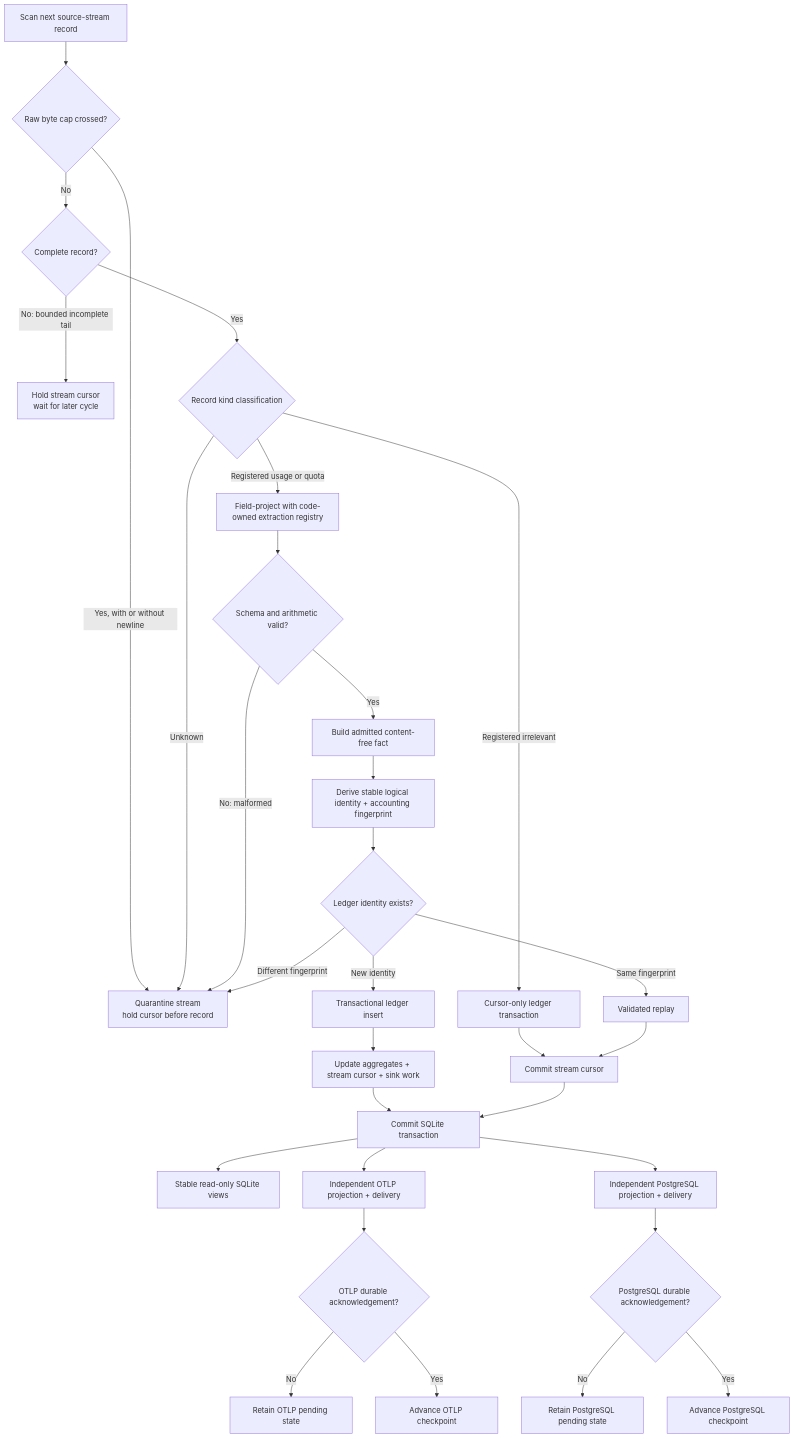
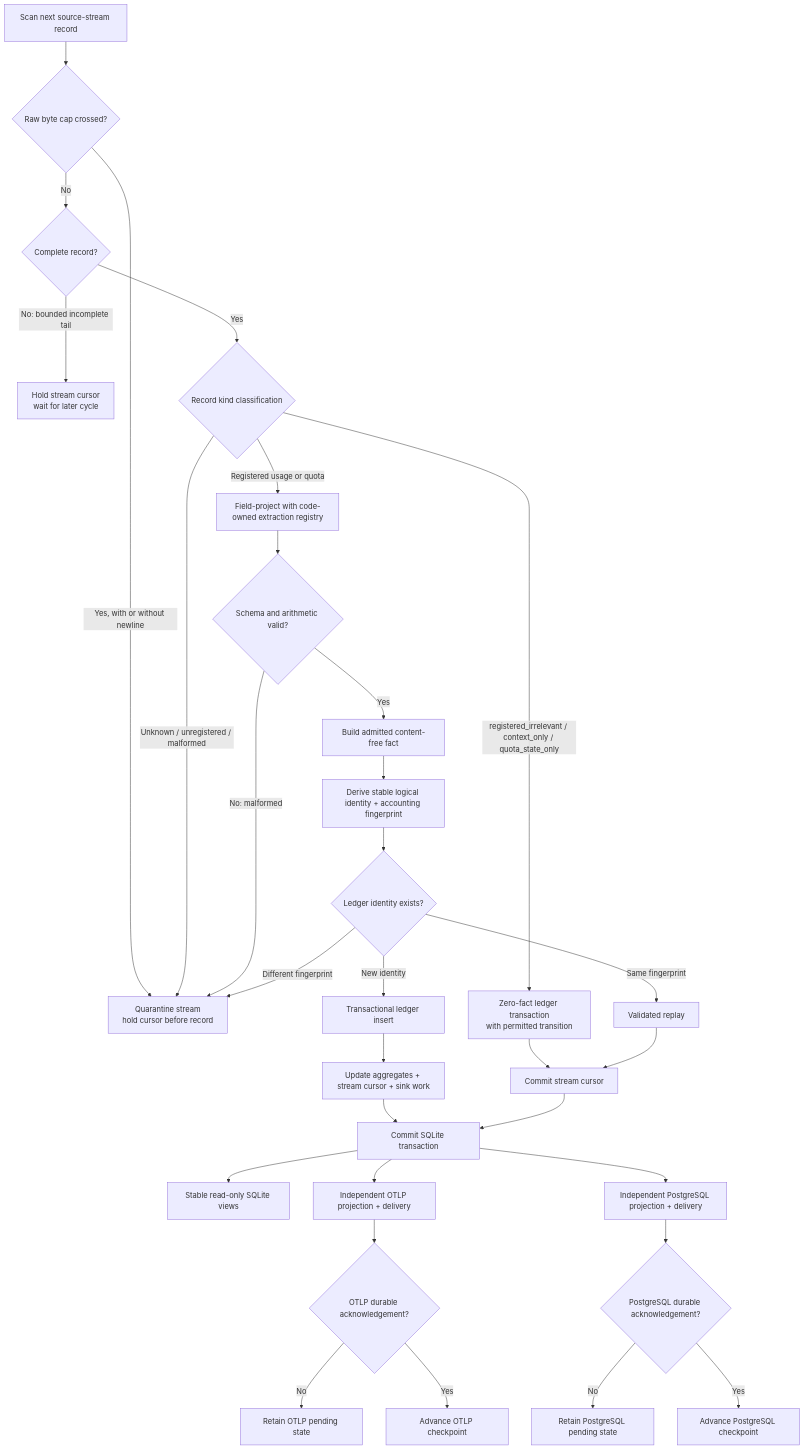
The diagram in projects/ai-usage-telemetry/about/lay-and-land/data-flow.md (Tzeusy/ai-bootstrap), drawn with Mermaid before and after one commit. The commit also changed other lines of this file and 19 other files, not shown here.

````diff
--- a/projects/ai-usage-telemetry/about/lay-and-land/data-flow.md
+++ b/projects/ai-usage-telemetry/about/lay-and-land/data-flow.md
@@ -9,33 +9,33 @@
 ```mermaid
 flowchart TD
     A[Scan next source-stream record] --> Z{Raw byte cap crossed?}
     Z -->|Yes, with or without newline| F[Quarantine stream\nhold cursor before record]
     Z -->|No| B{Complete record?}
     B -->|No: bounded incomplete tail| C[Hold stream cursor\nwait for later cycle]
     B -->|Yes| D{Record kind classification}
-    D -->|Registered irrelevant| E[Cursor-only ledger transaction]
-    D -->|Unknown| F[Quarantine stream\nhold cursor before record]
+    D -->|registered_irrelevant / context_only / quota_state_only| E[Zero-fact ledger transaction\nwith permitted transition]
+    D -->|Unknown / unregistered / malformed| F[Quarantine stream\nhold cursor before record]
     D -->|Registered usage or quota| G[Field-project with code-owned extraction registry]
     G --> H{Schema and arithmetic valid?}
     H -->|No: malformed| F
     H -->|Yes| I[Build admitted content-free fact]
     I --> J[Derive stable logical identity + accounting fingerprint]
     J --> K{Ledger identity exists?}
     K -->|Same fingerprint| L[Validated replay]
     K -->|New identity| M[Transactional ledger insert]
     K -->|Different fingerprint| F
     E --> N[Commit stream cursor]
     L --> N
     M --> O[Update aggregates + stream cursor + sink work]
     O --> P[Commit SQLite transaction]
     N --> P
     P --> Q[Stable read-only SQLite views]
     P --> R[Independent OTLP projection + delivery]
     P --> S[Independent PostgreSQL projection + delivery]
     R --> T{OTLP durable acknowledgement?}
     S --> U{PostgreSQL durable acknowledgement?}
     T -->|No| V[Retain OTLP pending state]
     U -->|No| W[Retain PostgreSQL pending state]
     T -->|Yes| X[Advance OTLP checkpoint]
     U -->|Yes| Y[Advance PostgreSQL checkpoint]
 ```
````
